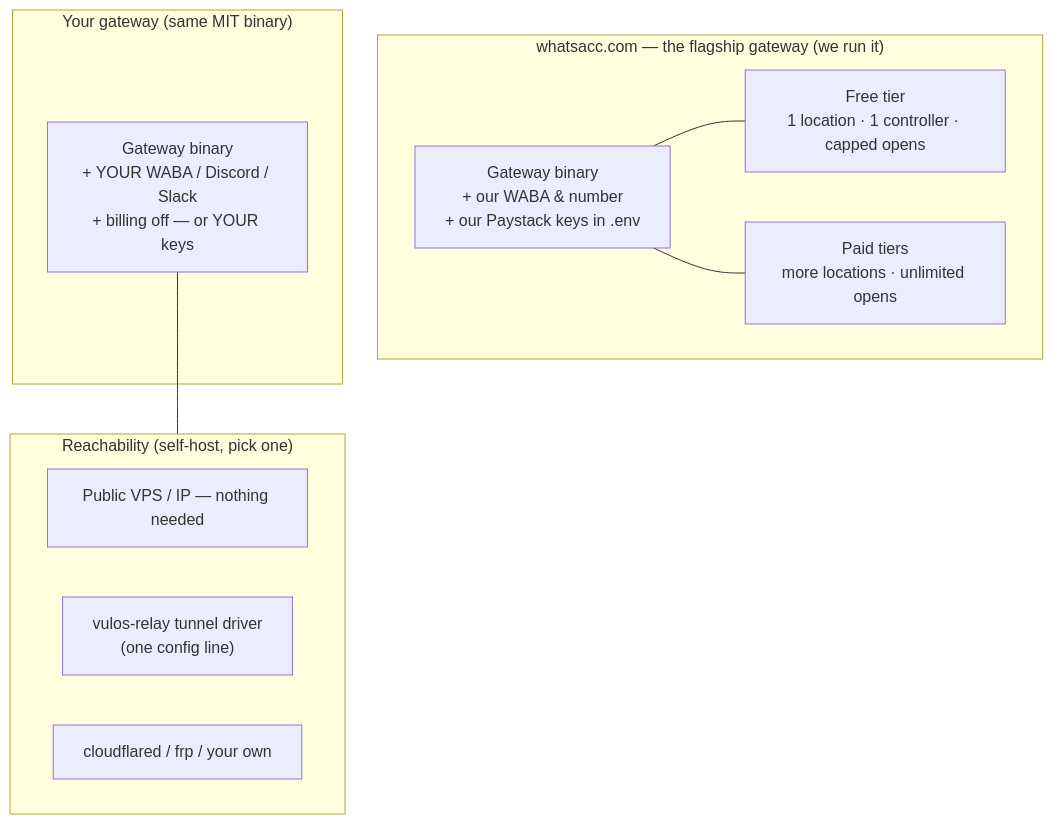
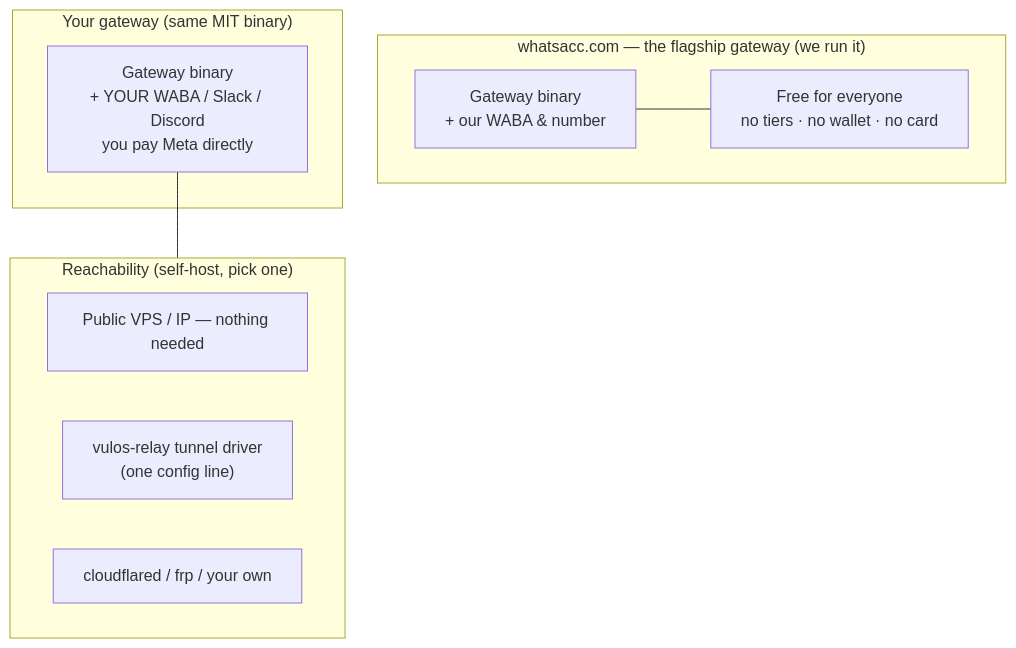
The fourth of 4 diagrams in ARCHITECTURE.md (vul-os/whatsacc), drawn with Mermaid before and after one commit. The commit also changed other lines of this file and 15 other files, not shown here.

Commit message:
Remove billing entirely: no Paystack/tiers/wallet — flagship free, DMTAP postage noted as future edge-funding path; drop billing-model/; refresh todo

````diff
--- a/ARCHITECTURE.md
+++ b/ARCHITECTURE.md
@@ -169,21 +169,20 @@
 ```mermaid
 flowchart TB
     subgraph hosted ["whatsacc.com — the flagship gateway (we run it)"]
-        H["Gateway binary<br/>+ our WABA & number<br/>+ our Paystack keys in .env"]
-        T1["Free tier<br/>1 location · 1 controller · capped opens"]
-        T2["Paid tiers<br/>more locations · unlimited opens"]
-        H --- T1 & T2
+        H["Gateway binary<br/>+ our WABA & number"]
+        T1["Free for everyone<br/>no tiers · no wallet · no card"]
+        H --- T1
     end
 
     subgraph self ["Your gateway (same MIT binary)"]
-        S["Gateway binary<br/>+ YOUR WABA / Discord / Slack<br/>+ billing off — or YOUR keys"]
+        S["Gateway binary<br/>+ YOUR WABA / Slack / Discord<br/>you pay Meta directly"]
     end
 
     subgraph reach ["Reachability (self-host, pick one)"]
         direct["Public VPS / IP — nothing needed"]
         vr["vulos-relay tunnel driver<br/>(one config line)"]
         byo["cloudflared / frp / your own"]
     end
 
     S --- reach
 ```
````
